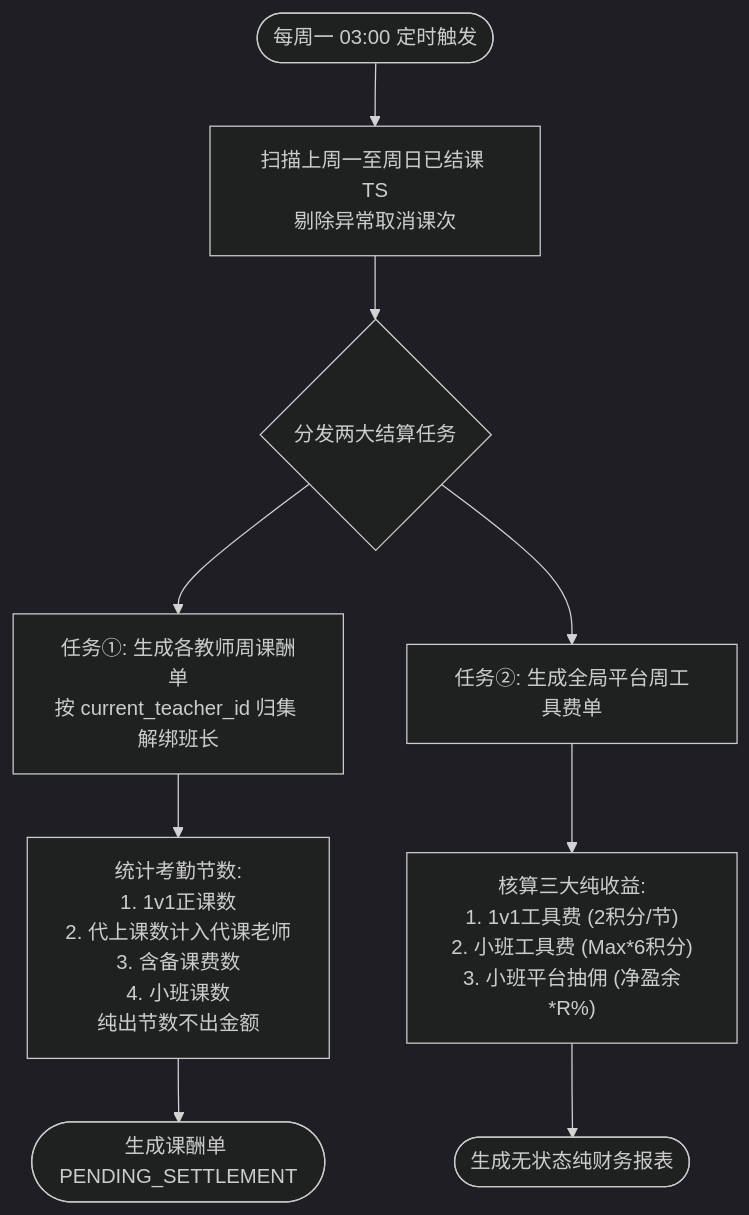
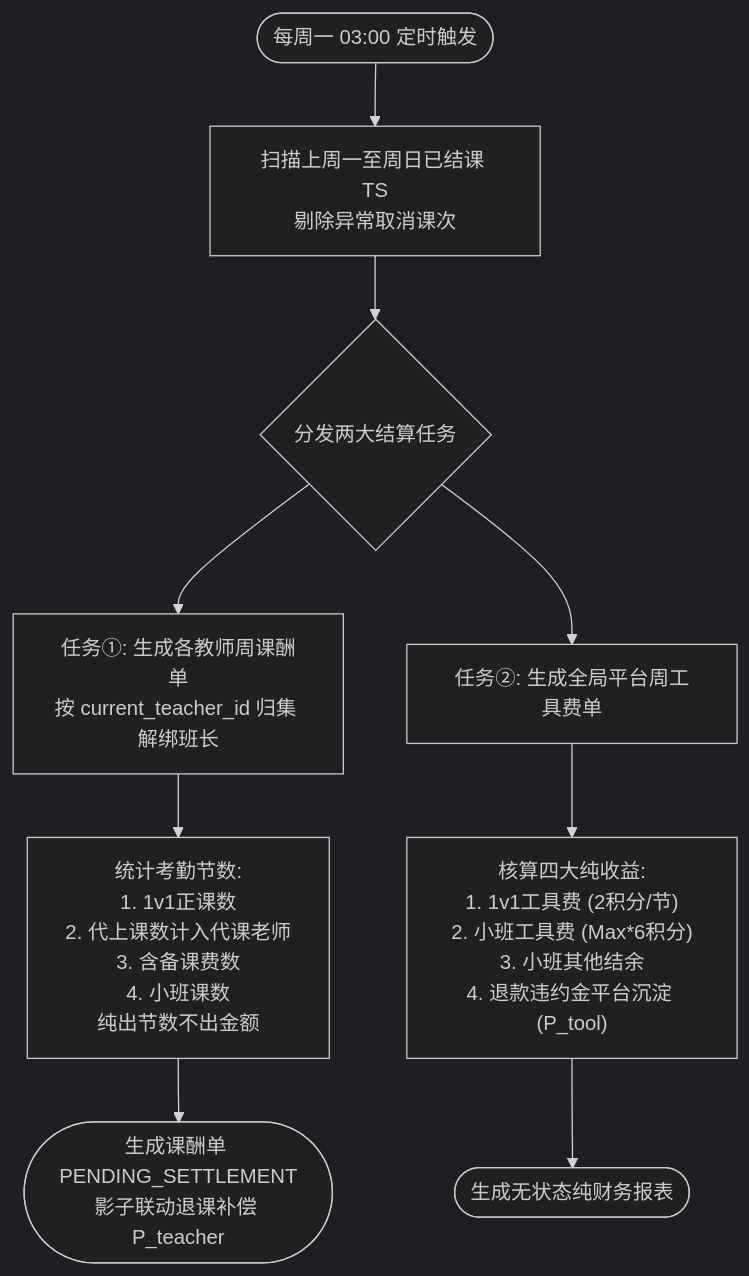
One commit to Onezao/dream changed the second of 4 diagrams in docs/prd/m5b_weekly_settlement.md. Above: the diagram before and after it, drawn with Mermaid (dark theme). The commit also changed other lines of this file and 37 other files, not shown here.

````diff
--- a/docs/prd/m5b_weekly_settlement.md
+++ b/docs/prd/m5b_weekly_settlement.md
@@ -284,15 +290,15 @@
 ```mermaid
 flowchart TD
     BatchStart([每周一 03:00 定时触发]) --> ScanPastWeek["扫描上周一至周日已结课 TS\n剔除异常取消课次"]
     ScanPastWeek --> SplitJobs{分发两大结算任务}
     
     %% 任务一: 教师周课酬单
     SplitJobs --> JobTeacher["任务①: 生成各教师周课酬单\n按 current_teacher_id 归集 解绑班长"]
     JobTeacher --> CountLessons["统计考勤节数:\n1. 1v1正课数\n2. 代上课数计入代课老师\n3. 含备课费数\n4. 小班课数\n纯出节数不出金额"]
-    CountLessons --> TeacherPending([生成课酬单 PENDING_SETTLEMENT])
+    CountLessons --> TeacherPending(["生成课酬单 PENDING_SETTLEMENT\n影子联动退课补偿 P_teacher"])
     
     %% 任务二: 平台工具费单
     SplitJobs --> JobPlatform["任务②: 生成全局平台周工具费单"]
-    JobPlatform --> CalcPlatform["核算三大纯收益:\n1. 1v1工具费 (2积分/节)\n2. 小班工具费 (Max*6积分)\n3. 小班平台抽佣 (净盈余*R%)"]
+    JobPlatform --> CalcPlatform["核算四大纯收益:\n1. 1v1工具费 (2积分/节)\n2. 小班工具费 (Max*6积分)\n3. 小班其他结余\n4. 退款违约金平台沉淀 (P_tool)"]
     CalcPlatform --> PlatformReport([生成无状态纯财务报表])
 ```
````
